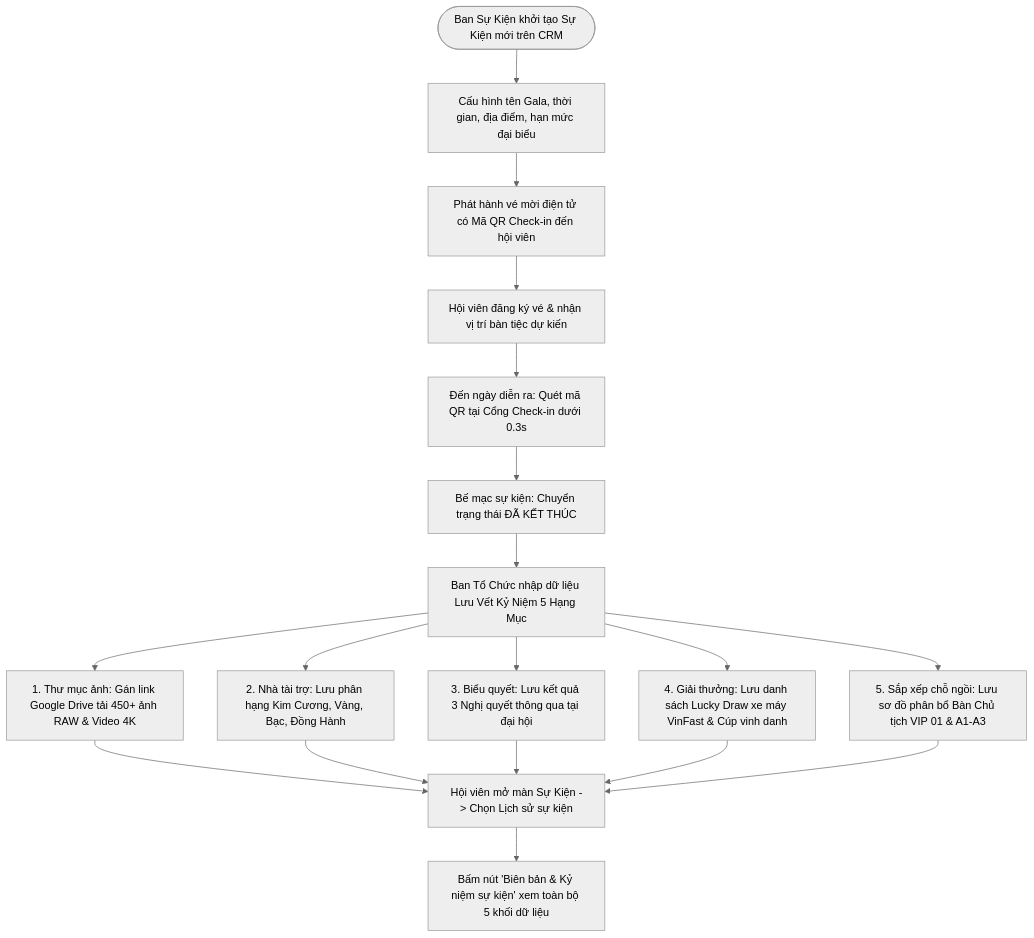
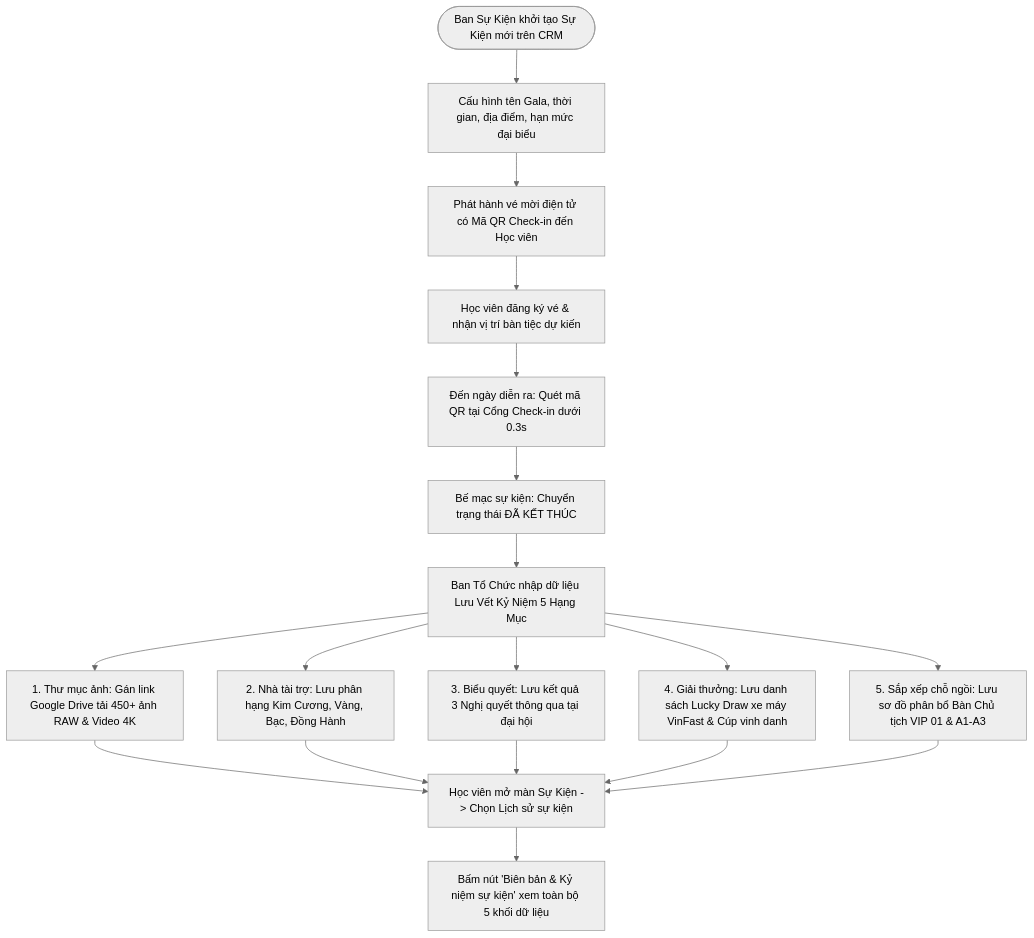
The third of 8 diagrams in document/BRD_CEOHN10_MASTER_CHINH_THUC.md (viconnect-product-team/ceoHN10_project), drawn with Mermaid (neutral theme) before and after one commit. The commit also changed other lines of this file and 614 other files, not shown here.

````diff
--- a/document/BRD_CEOHN10_MASTER_CHINH_THUC.md
+++ b/document/BRD_CEOHN10_MASTER_CHINH_THUC.md
@@ -165,23 +165,23 @@
 ```mermaid
 flowchart TD
     A([Ban Sự Kiện khởi tạo Sự Kiện mới trên CRM]) --> B[Cấu hình tên Gala, thời gian, địa điểm, hạn mức đại biểu]
-    B --> C[Phát hành vé mời điện tử có Mã QR Check-in đến hội viên]
-    C --> D[Hội viên đăng ký vé & nhận vị trí bàn tiệc dự kiến]
+    B --> C[Phát hành vé mời điện tử có Mã QR Check-in đến Học viên]
+    C --> D[Học viên đăng ký vé & nhận vị trí bàn tiệc dự kiến]
     
     D --> E[Đến ngày diễn ra: Quét mã QR tại Cổng Check-in dưới 0.3s]
     E --> F[Bế mạc sự kiện: Chuyển trạng thái ĐÃ KẾT THÚC]
     
     F --> G[Ban Tổ Chức nhập dữ liệu Lưu Vết Kỷ Niệm 5 Hạng Mục]
     G --> H1[1. Thư mục ảnh: Gán link Google Drive tải 450+ ảnh RAW & Video 4K]
     G --> H2[2. Nhà tài trợ: Lưu phân hạng Kim Cương, Vàng, Bạc, Đồng Hành]
     G --> H3[3. Biểu quyết: Lưu kết quả 3 Nghị quyết thông qua tại đại hội]
     G --> H4[4. Giải thưởng: Lưu danh sách Lucky Draw xe máy VinFast & Cúp vinh danh]
     G --> H5[5. Sắp xếp chỗ ngồi: Lưu sơ đồ phân bổ Bàn Chủ tịch VIP 01 & A1-A3]
 
-    H1 --> I[Hội viên mở màn Sự Kiện -> Chọn Lịch sử sự kiện]
+    H1 --> I[Học viên mở màn Sự Kiện -> Chọn Lịch sử sự kiện]
     H2 --> I
     H3 --> I
     H4 --> I
     H5 --> I
     I --> J[Bấm nút 'Biên bản & Kỷ niệm sự kiện' xem toàn bộ 5 khối dữ liệu]
 ```
````
